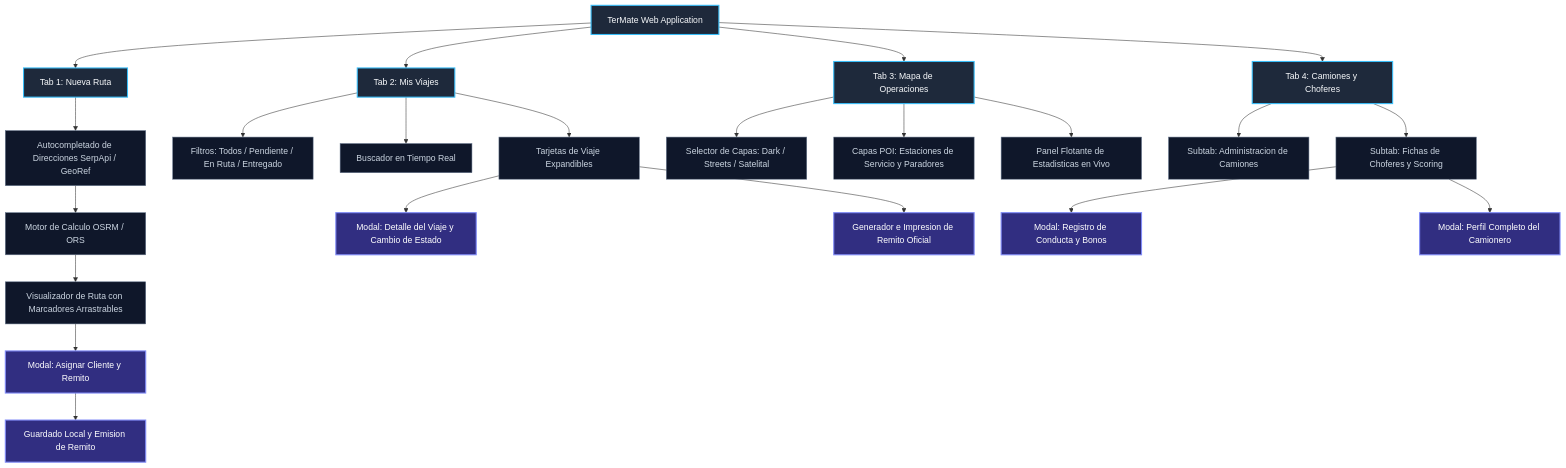
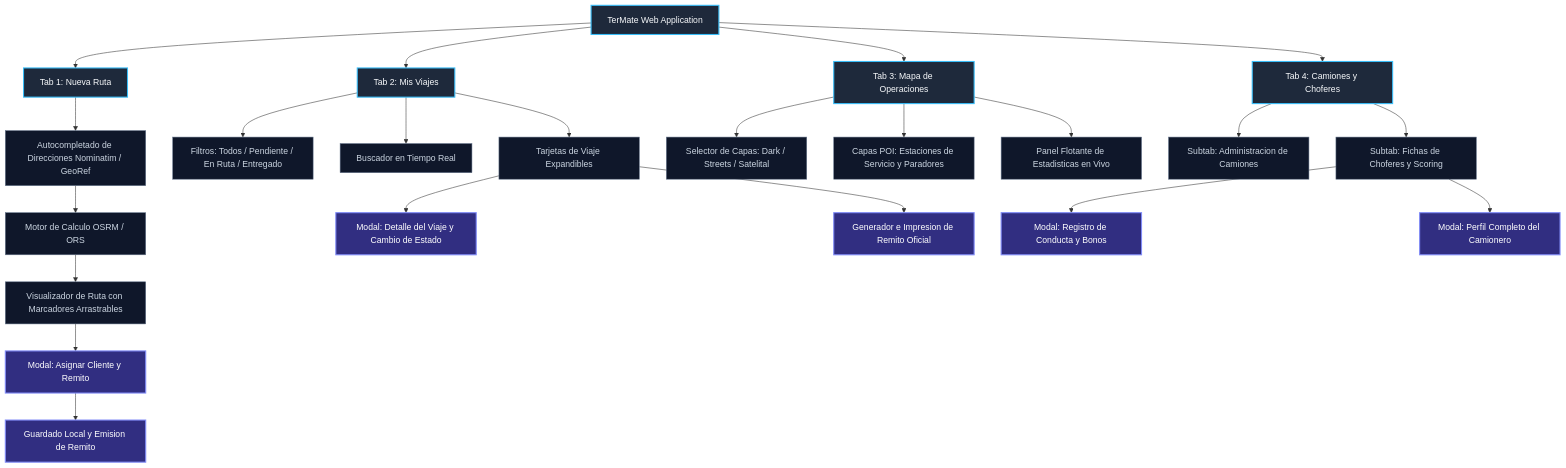
One commit to agus123e21/TerMate changed the first of 4 diagrams in DESIGN.md. Above: the diagram before and after it, drawn with Mermaid. The commit also changed other lines of this file and 2 other files, not shown here.

````diff
--- a/DESIGN.md
+++ b/DESIGN.md
@@ -11,34 +11,34 @@
 ```mermaid
 graph TD
     classDef main fill:#1e293b,stroke:#38bdf8,stroke-width:2px,color:#f8fafc;
     classDef sub fill:#0f172a,stroke:#64748b,stroke-width:1px,color:#cbd5e1;
     classDef action fill:#312e81,stroke:#818cf8,stroke-width:2px,color:#ffffff;
 
     App[TerMate Web Application]:::main
 
     App --> TabRuta[Tab 1: Nueva Ruta]:::main
     App --> TabViajes[Tab 2: Mis Viajes]:::main
     App --> TabMapa[Tab 3: Mapa de Operaciones]:::main
     App --> TabFlota[Tab 4: Camiones y Choferes]:::main
 
-    TabRuta --> Autocomplete[Autocompletado de Direcciones SerpApi / GeoRef]:::sub
+    TabRuta --> Autocomplete[Autocompletado de Direcciones Nominatim / GeoRef]:::sub
     Autocomplete --> RoutingEngine[Motor de Calculo OSRM / ORS]:::sub
     RoutingEngine --> InlineMap[Visualizador de Ruta con Marcadores Arrastrables]:::sub
     InlineMap --> ModalViaje[Modal: Asignar Cliente y Remito]:::action
     ModalViaje --> SaveTrip[Guardado Local y Emision de Remito]:::action
 
     TabViajes --> FilterBar[Filtros: Todos / Pendiente / En Ruta / Entregado]:::sub
     TabViajes --> SearchBar[Buscador en Tiempo Real]:::sub
     TabViajes --> TripCard[Tarjetas de Viaje Expandibles]:::sub
     TripCard --> ModalDetalle[Modal: Detalle del Viaje y Cambio de Estado]:::action
     TripCard --> PrintRemito[Generador e Impresion de Remito Oficial]:::action
 
     TabMapa --> LayerSwitch[Selector de Capas: Dark / Streets / Satelital]:::sub
     TabMapa --> POISwitch[Capas POI: Estaciones de Servicio y Paradores]:::sub
     TabMapa --> LiveStats[Panel Flotante de Estadisticas en Vivo]:::sub
 
     TabFlota --> SubCamiones[Subtab: Administracion de Camiones]:::sub
     TabFlota --> SubChoferes[Subtab: Fichas de Choferes y Scoring]:::sub
     SubChoferes --> ModalConducta[Modal: Registro de Conducta y Bonos]:::action
     SubChoferes --> ModalPerfil[Modal: Perfil Completo del Camionero]:::action
 ```
````
